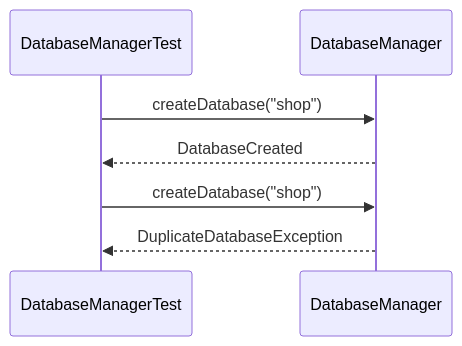
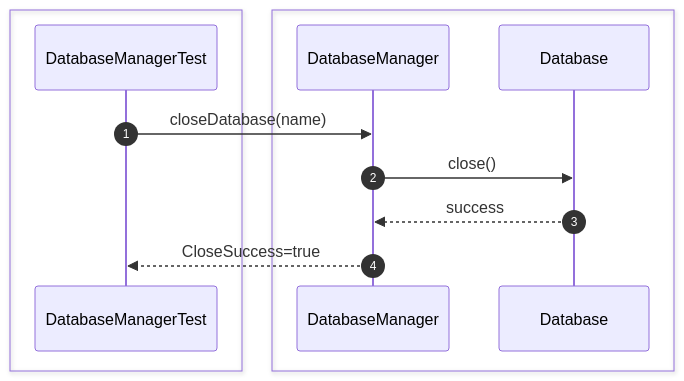
One commit to Huy1801214/dbms-architecture changed diagram 15 of 52 in src/sequence/db-server.md. Above: the diagram before and after it, drawn with Mermaid. The commit also changed other lines of this file and 10 other files, not shown here.

Commit message:
add comprehensive sequence diagrams and documentation for system architecture and unit testing specifications

````diff
--- a/src/sequence/db-server.md
+++ b/src/sequence/db-server.md
@@ -111,12 +270,17 @@
 ```mermaid
 sequenceDiagram
+    autonumber
+
+    box #e1f5fe Test Suite
     participant Test as DatabaseManagerTest
+    end
+    box #e3f2fd Server Managers
     participant Manager as DatabaseManager
+    participant Database as Database
+    end
 
-    Test->>Manager: createDatabase("shop")
-    Manager-->>Test: DatabaseCreated
-
-    Test->>Manager: createDatabase("shop")
-
-    Manager-->>Test: DuplicateDatabaseException
+    Test->>Manager: closeDatabase(name)
+    Manager->>Database: close()
+    Database-->>Manager: success
+    Manager-->>Test: CloseSuccess=true
 ```
````
